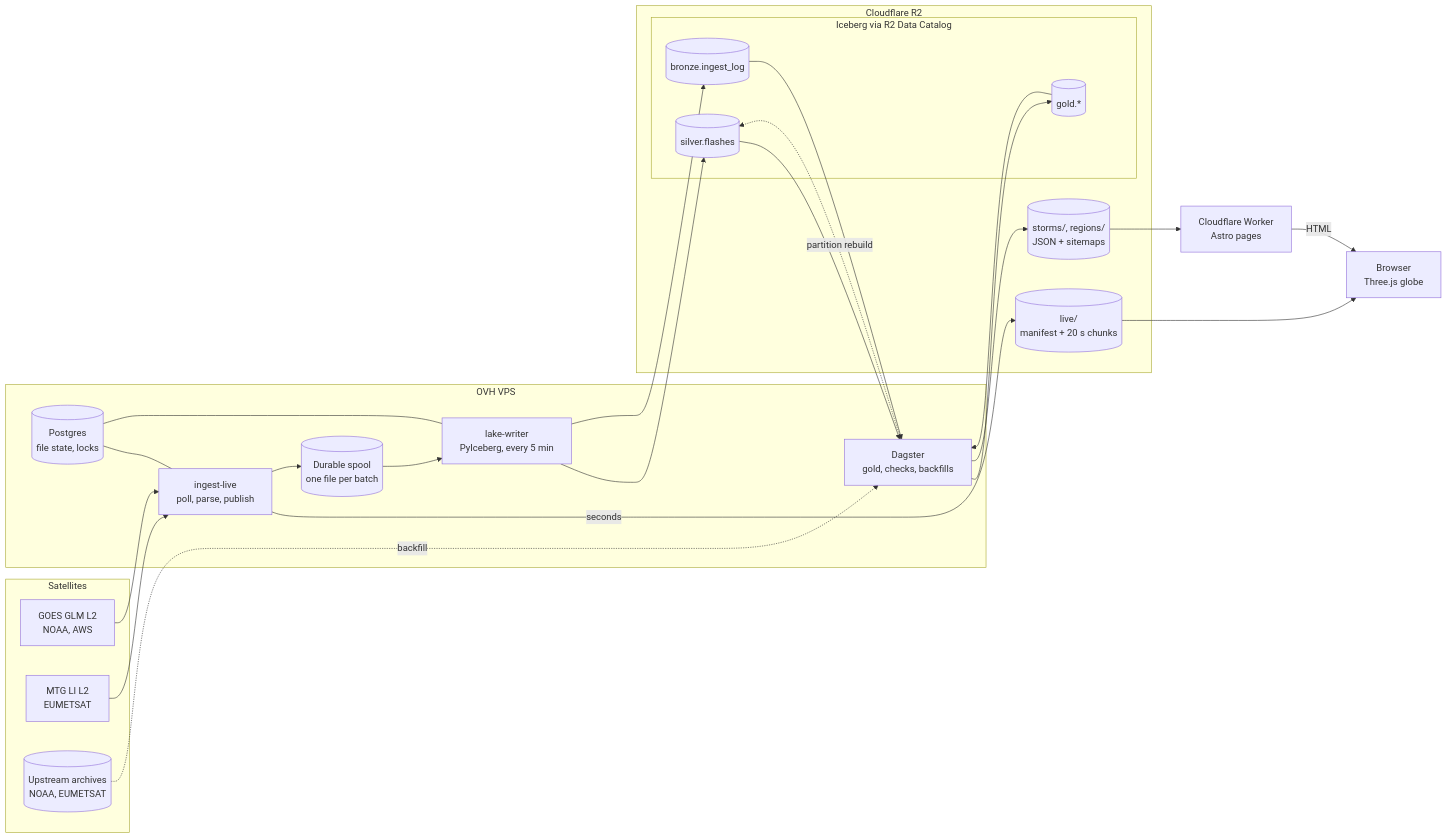
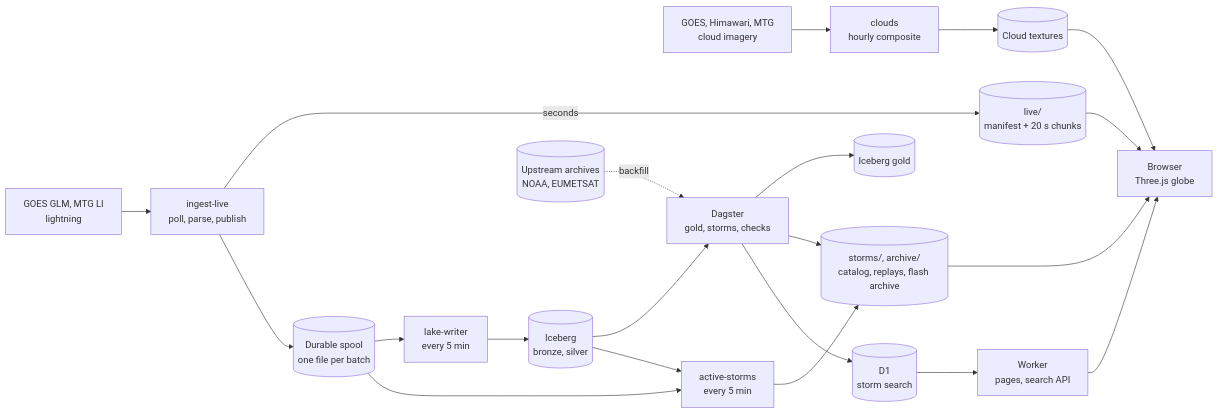
Before and after one commit to pierregc/scintille: the diagram in docs/architecture.md, drawn with Mermaid. The commit also changed other lines of this file and 3 other files, not shown here.

````diff
--- a/docs/architecture.md
+++ b/docs/architecture.md
@@ -7,49 +7,21 @@
 ```mermaid
 flowchart LR
-    subgraph sources["Satellites"]
-        glm["GOES GLM L2<br/>NOAA, AWS"]
-        li["MTG LI L2<br/>EUMETSAT"]
-        archives[("Upstream archives<br/>NOAA, EUMETSAT")]
-    end
-
-    subgraph vps["OVH VPS"]
-        live_proc["ingest-live<br/>poll, parse, publish"]
-        spool[("Durable spool<br/>one file per batch")]
-        writer["lake-writer<br/>PyIceberg, every 5 min"]
-        pg[("Postgres<br/>file state, locks")]
-        dagster["Dagster<br/>gold, checks, backfills"]
-    end
-
-    subgraph r2["Cloudflare R2"]
-        live[("live/<br/>manifest + 20 s chunks")]
-        subgraph lake["Iceberg via R2 Data Catalog"]
-            bronze[("bronze.ingest_log")]
-            silver[("silver.flashes")]
-            gold[("gold.*")]
-        end
-        pub[("storms/, regions/<br/>JSON + sitemaps")]
-    end
-
-    worker["Cloudflare Worker<br/>Astro pages"]
-    browser["Browser<br/>Three.js globe"]
-
-    glm --> live_proc
-    li --> live_proc
-    live_proc -->|seconds| live
-    live_proc --> spool
-    spool --> writer
-    writer --> silver
-    writer --> bronze
-    pg --- live_proc
-    pg --- writer
-    silver --> dagster
-    bronze --> dagster
-    dagster --> gold
-    gold --> dagster
-    dagster --> pub
-    archives -.->|backfill| dagster
-    dagster -.->|partition rebuild| silver
-    live --> browser
-    pub --> worker
-    worker -->|HTML| browser
+    imagers["GOES, Himawari, MTG<br/>cloud imagery"] --> clouds_proc["clouds<br/>hourly composite"]
+    clouds_proc --> textures[("Cloud textures")]
+    lightning["GOES GLM, MTG LI<br/>lightning"] --> ingest["ingest-live<br/>poll, parse, publish"]
+    ingest -->|seconds| live[("live/<br/>manifest + 20 s chunks")]
+    ingest --> spool[("Durable spool<br/>one file per batch")]
+    spool --> writer["lake-writer<br/>every 5 min"]
+    writer --> lake[("Iceberg<br/>bronze, silver")]
+    lake --> dagster["Dagster<br/>gold, storms, checks"]
+    archives[("Upstream archives<br/>NOAA, EUMETSAT")] -.->|backfill| dagster
+    dagster --> gold[("Iceberg gold")]
+    dagster --> pub[("storms/, archive/<br/>catalog, replays, flash archive")]
+    dagster --> d1[("D1<br/>storm search")]
+    lake --> active_proc["active-storms<br/>every 5 min"]
+    spool --> active_proc
+    active_proc --> pub
+    d1 --> worker["Worker<br/>pages, search API"]
+    live & pub & textures --> browser["Browser<br/>Three.js globe"]
+    worker --> browser
 ```
````
